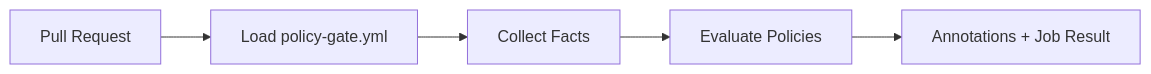
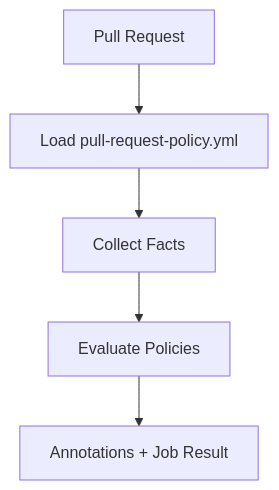
Before and after one commit to actions-marketplace-validations/failuresmith_github-policy-gate: the diagram in docs/how-it-works.md, drawn with Mermaid. The commit also changed other lines of this file and 23 other files, not shown here.

````diff
--- a/docs/how-it-works.md
+++ b/docs/how-it-works.md
@@ -7,7 +7,7 @@
 ```mermaid
-graph LR
-    PR[Pull Request] --> Config[Load policy-gate.yml]
+graph TD
+    PR[Pull Request] --> Config[Load pull-request-policy.yml]
     Config --> Facts[Collect Facts]
     Facts --> Engine[Evaluate Policies]
     Engine --> CI[Annotations + Job Result]
 ```
````
